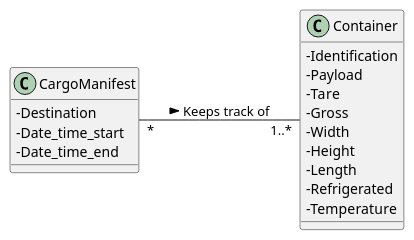
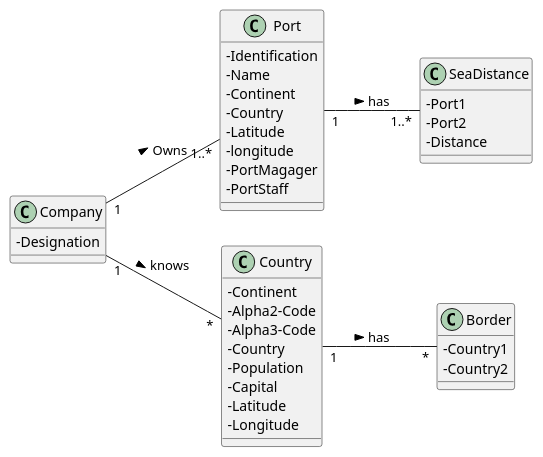
One commit to 1190772/LAB-Project-3 changed the diagram in docs/Sprint 3/US/US301/US301_MD.puml. Above: the diagram before and after it, drawn with PlantUML. The commit also changed 11 other files, not shown here.

```diff
--- a/docs/Sprint 3/US/US301/US301_MD.puml
+++ b/docs/Sprint 3/US/US301/US301_MD.puml
@@ -1,27 +1,49 @@
 @startuml
 'https://plantuml.com/class-diagram
 
 skinparam classAttributeIconSize 0
 
 left to right direction
 
-class CargoManifest {
--Destination
--Date_time_start
--Date_time_end
+class Company {
+-Designation
 }
 
-class Container {
+class Port {
 -Identification
--Payload
--Tare
--Gross
--Width
--Height
--Length
--Refrigerated
--Temperature
+-Name
+-Continent
+-Country
+-Latitude
+-longitude
+-PortMagager
+-PortStaff
 }
 
-CargoManifest "*" -- "1..*" Container : Keeps track of >
+class SeaDistance {
+-Port1
+-Port2
+-Distance
+}
+
+class Country {
+-Continent
+-Alpha2-Code
+-Alpha3-Code
+-Country
+-Population
+-Capital
+-Latitude
+-Longitude
+}
+
+class Border {
+-Country1
+-Country2
+}
+
+Company "1" -- "1..*" Port : Owns >
+Company "1" -- "*" Country : knows >
+Country "1" -- "*" Border : has >
+Port "1" -- "1..*" SeaDistance : has >
 @enduml
```
